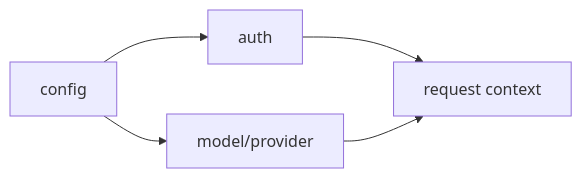
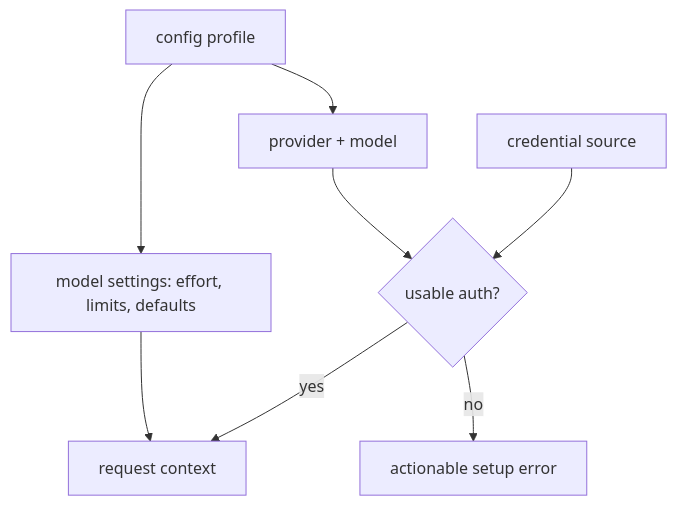
Before and after one commit to shihao-zhang/learn-codex: the diagram in chapters/s07_config_auth_models/diagram.mmd, drawn with Mermaid. The commit also changed other lines of this file and 43 other files, not shown here.

```diff
--- a/chapters/s07_config_auth_models/diagram.mmd
+++ b/chapters/s07_config_auth_models/diagram.mmd
@@ -1,5 +1,8 @@
-flowchart LR
-    A["config"] --> B["auth"]
-    A --> C["model/provider"]
-    B --> D["request context"]
-    C --> D
+flowchart TD
+    A["config profile"] --> B["provider + model"]
+    A --> C["model settings: effort, limits, defaults"]
+    D["credential source"] --> E{"usable auth?"}
+    B --> E
+    E -->|yes| F["request context"]
+    C --> F
+    E -->|no| G["actionable setup error"]
```
